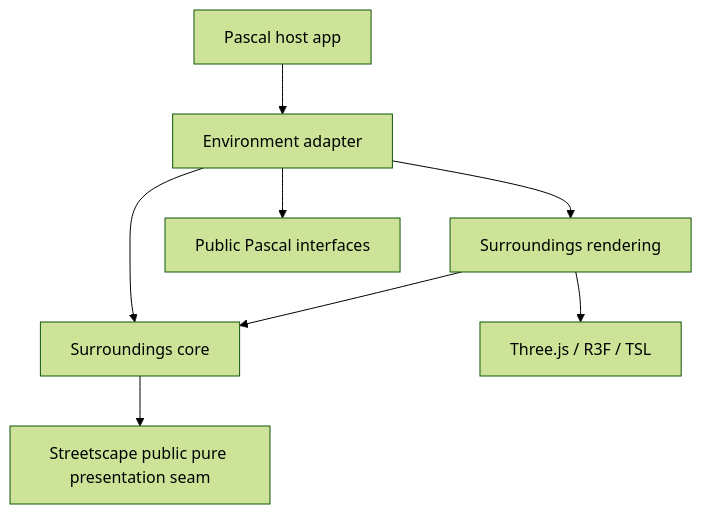
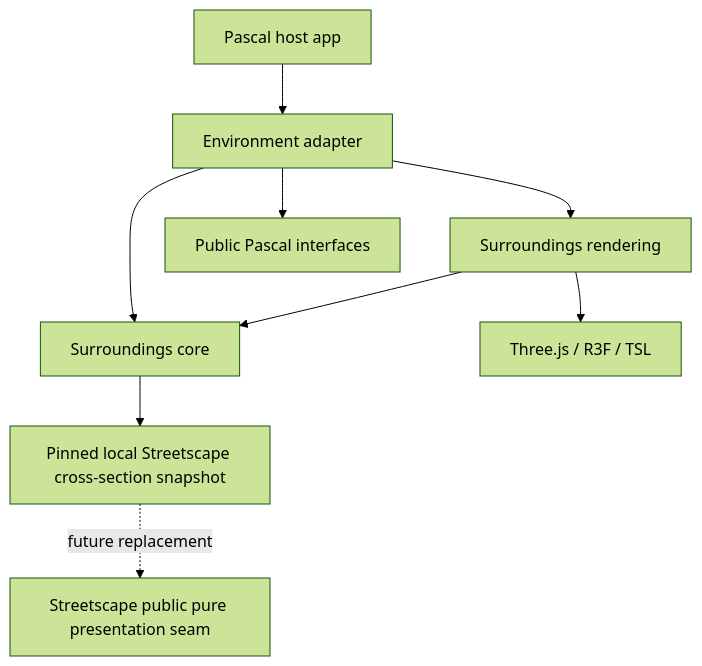
One commit to AxiomeCG/environment changed the first of 2 diagrams in .procedural/procedural-surroundings/SPEC.md. Above: the diagram before and after it, drawn with Mermaid (forest theme). The commit also changed other lines of this file and 8 other files, not shown here.

````diff
--- a/.procedural/procedural-surroundings/SPEC.md
+++ b/.procedural/procedural-surroundings/SPEC.md
@@ -59,10 +59,11 @@
 ```mermaid
 graph TD
     H[Pascal host app] --> A[Environment adapter]
     A --> R[Surroundings rendering]
     A --> C[Surroundings core]
     R --> C
     R --> T[Three.js / R3F / TSL]
     A --> P[Public Pascal interfaces]
-    C --> SI[Streetscape public pure presentation seam]
+    C --> SS[Pinned local Streetscape cross-section snapshot]
+    SS -. future replacement .-> SI[Streetscape public pure presentation seam]
 ```
````
